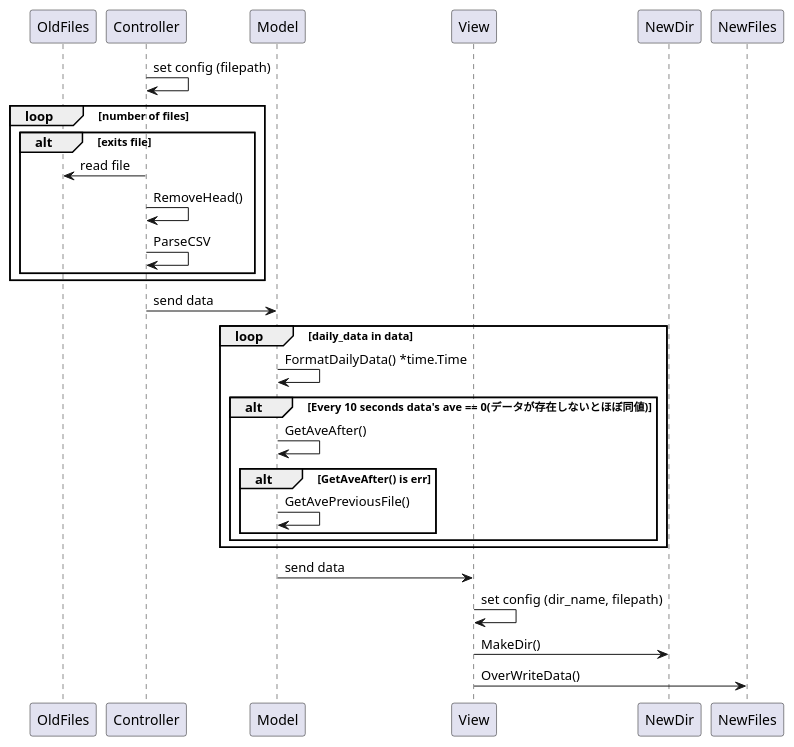
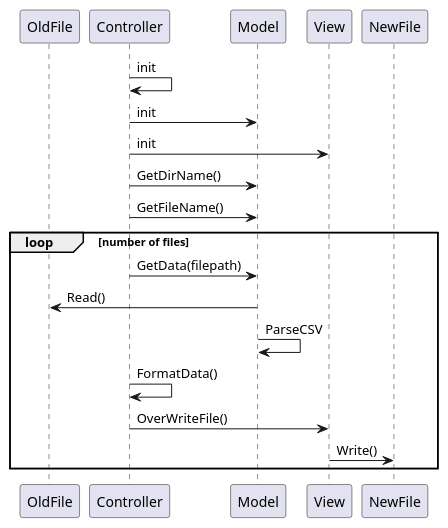
Before and after one commit to Issei0804-ie/lab11: the diagram in sequenceDiagram.puml, drawn with PlantUML. The commit also changed 1 other file, not shown here.

```diff
--- a/sequenceDiagram.puml
+++ b/sequenceDiagram.puml
@@ -1,37 +1,24 @@
 @startuml
-participant OldFiles
+participant OldFile
 participant Controller
 participant Model
 participant View
-participant NewDir
-participant NewFiles
+participant NewFile
 
+Controller -> Controller : init
+Controller -> Model : init
+Controller -> View : init
 
-Controller -> Controller : set config (filepath)
+Controller -> Model : GetDirName()
+Controller -> Model : GetFileName()
 loop number of files
-    alt exits file
-        Controller -> OldFiles : read file
-        Controller -> Controller : RemoveHead()
-        Controller -> Controller : ParseCSV
-    end
+    Controller -> Model : GetData(filepath)
+    Model -> OldFile : Read()
+    Model -> Model : ParseCSV
+    Controller -> Controller : FormatData()
+    Controller -> View : OverWriteFile()
+    View -> NewFile : Write()
 end
-
-Controller -> Model : send data
-
-loop  daily_data in data
-    Model -> Model : FormatDailyData() *time.Time
-    alt Every 10 seconds data's ave == 0(データが存在しないとほぼ同値)
-        Model -> Model : GetAveAfter()
-        alt GetAveAfter() is err
-            Model -> Model :GetAvePreviousFile()
-        end
-    end
-end
-Model -> View : send data
-
-View -> View : set config (dir_name, filepath)
-View -> NewDir : MakeDir()
-View -> NewFiles : OverWriteData()
 
 
 @enduml
```
